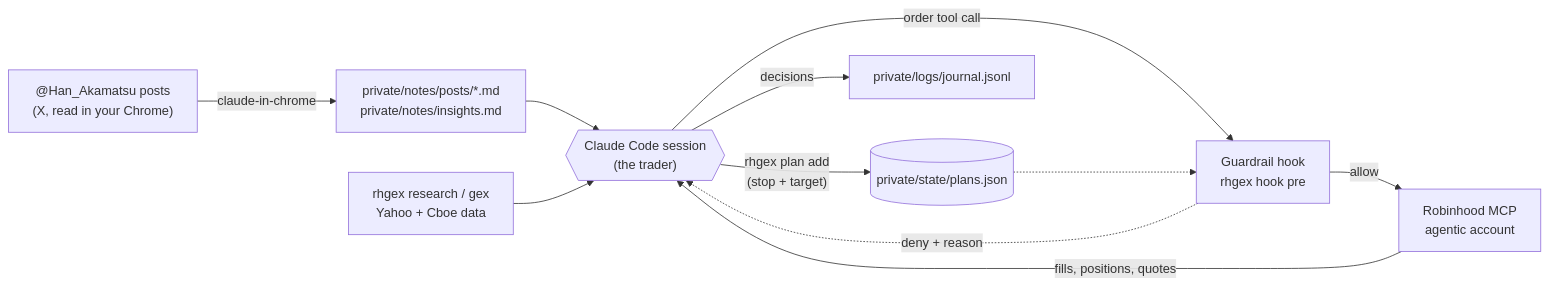
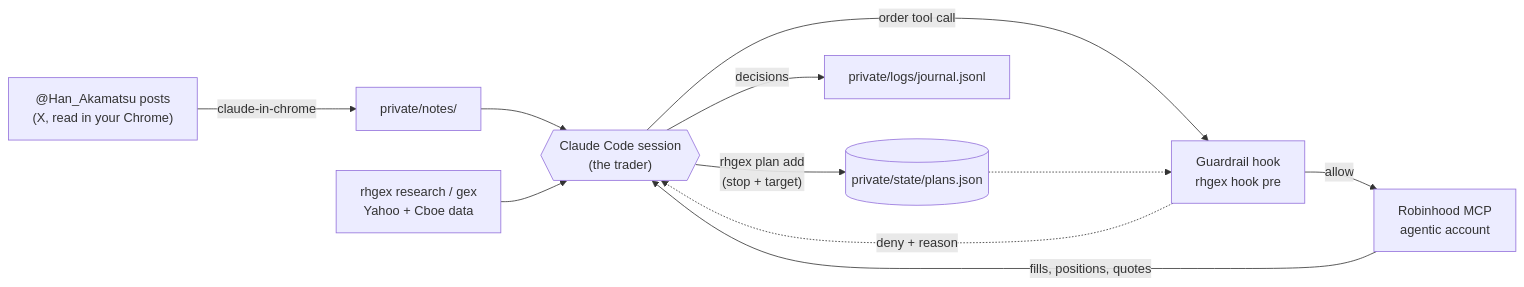
The first of 4 diagrams in README.md (chasechipres/rh-gex-trader), drawn with Mermaid before and after one commit. The commit also changed other lines of this file, not shown here.

````diff
--- a/README.md
+++ b/README.md
@@ -41,13 +33,13 @@
 ```mermaid
 flowchart LR
-    X["@Han_Akamatsu posts<br/>(X, read in your Chrome)"] -->|claude-in-chrome| N["private/notes/posts/*.md<br/>private/notes/insights.md"]
+    X["@Han_Akamatsu posts<br/>(X, read in your Chrome)"] -->|claude-in-chrome| N["private/notes/"]
     N --> C{{"Claude Code session<br/>(the trader)"}}
     R["rhgex research / gex<br/>Yahoo + Cboe data"] --> C
     C -->|"rhgex plan add<br/>(stop + target)"| P[("private/state/plans.json")]
     C -->|order tool call| H["Guardrail hook<br/>rhgex hook pre"]
     H -->|allow| RH["Robinhood MCP<br/>agentic account"]
     H -.->|deny + reason| C
     P -.-> H
     RH -->|fills, positions, quotes| C
     C -->|decisions| J["private/logs/journal.jsonl"]
 ```
````
